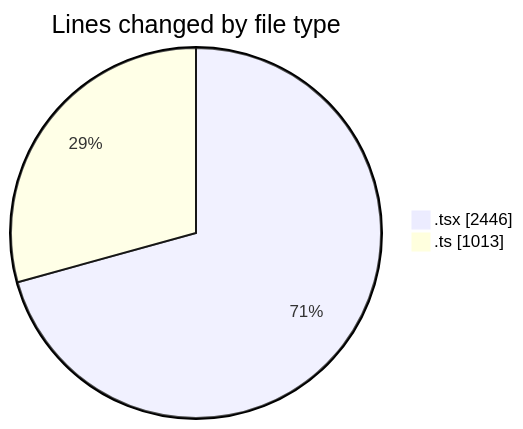
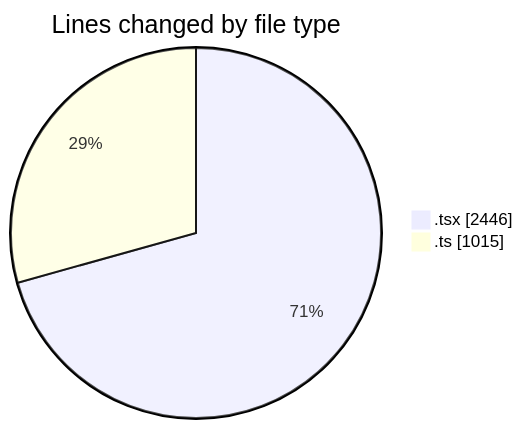
Before and after one commit to momahboobian/code-tracking: the first of 2 diagrams in 2025-07-02/cda/README.md, drawn with Mermaid. The commit also changed other lines of this file and 1 other file, not shown here.

````diff
--- a/2025-07-02/cda/README.md
+++ b/2025-07-02/cda/README.md
@@ -26,6 +26,6 @@
 ```mermaid
 pie showData
 title Lines changed by file type
 ".tsx" : 2446
-".ts" : 1013
+".ts" : 1015
 ```
````
